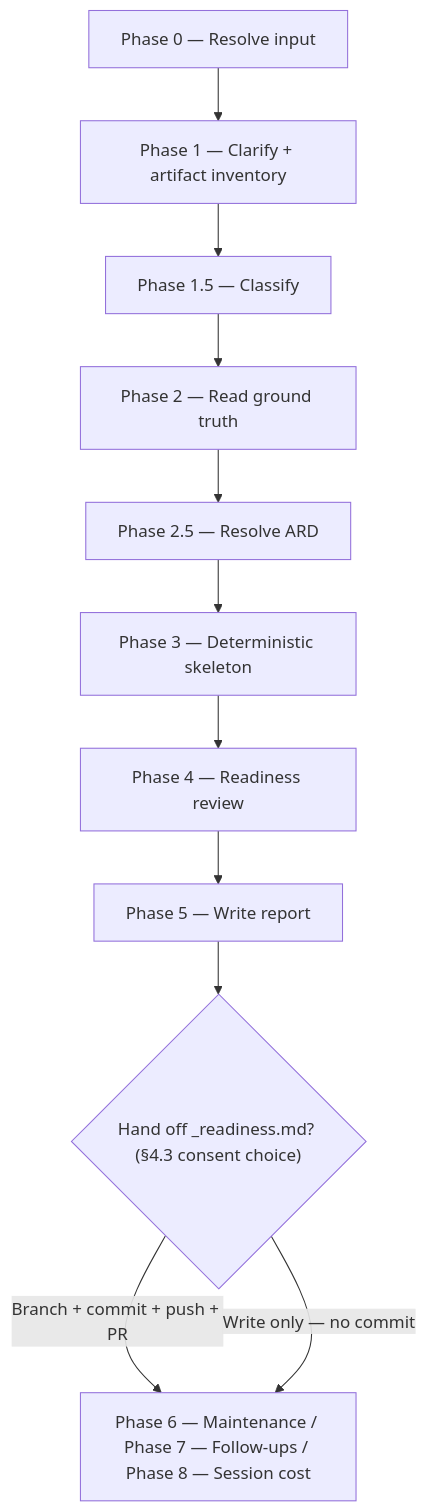
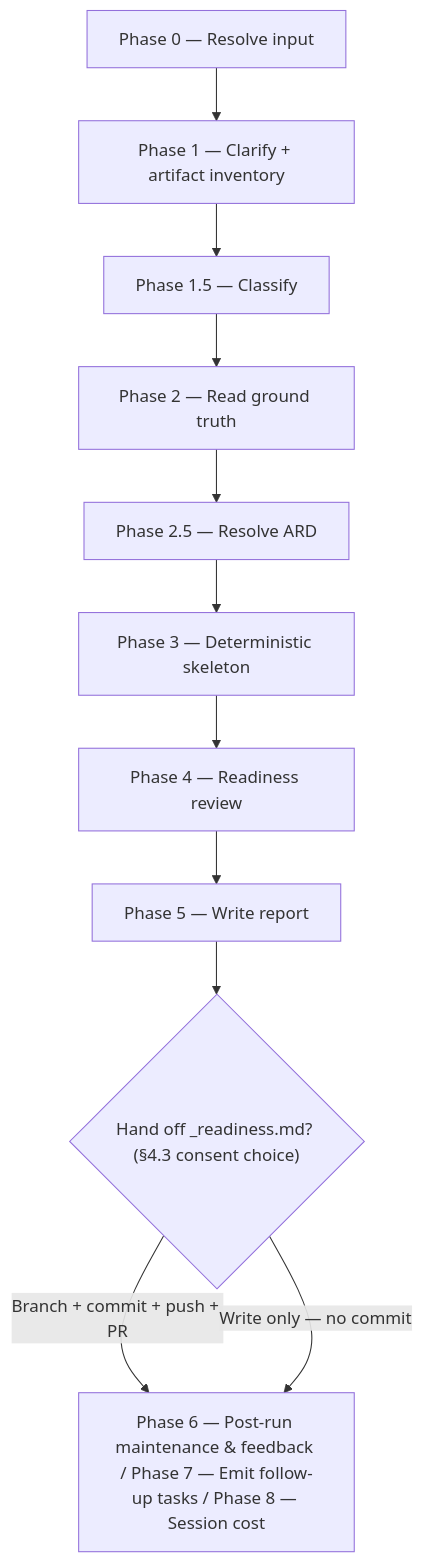
The diagram in plugins/dev-workflows/docs/commands/ready.md (ihudak/ihudak-claude-plugins), drawn with Mermaid before and after one commit. The commit also changed other lines of this file and 27 other files, not shown here.

````diff
--- a/plugins/dev-workflows/docs/commands/ready.md
+++ b/plugins/dev-workflows/docs/commands/ready.md
@@ -21,13 +21,13 @@
 ```mermaid
 flowchart TD
     p0["Phase 0 — Resolve input"] --> p1["Phase 1 — Clarify + artifact inventory"]
     p1 --> p15["Phase 1.5 — Classify"]
     p15 --> p2["Phase 2 — Read ground truth"]
     p2 --> p25["Phase 2.5 — Resolve ARD"]
     p25 --> p3["Phase 3 — Deterministic skeleton"]
     p3 --> p4["Phase 4 — Readiness review"]
     p4 --> p5["Phase 5 — Write report"]
     p5 --> d1{"Hand off _readiness.md? (§4.3 consent choice)"}
-    d1 -->|"Branch + commit + push + PR"| p678["Phase 6 — Maintenance / Phase 7 — Follow-ups / Phase 8 — Session cost"]
+    d1 -->|"Branch + commit + push + PR"| p678["Phase 6 — Post-run maintenance & feedback / Phase 7 — Emit follow-up tasks / Phase 8 — Session cost"]
     d1 -->|"Write only — no commit"| p678
 ```
````
